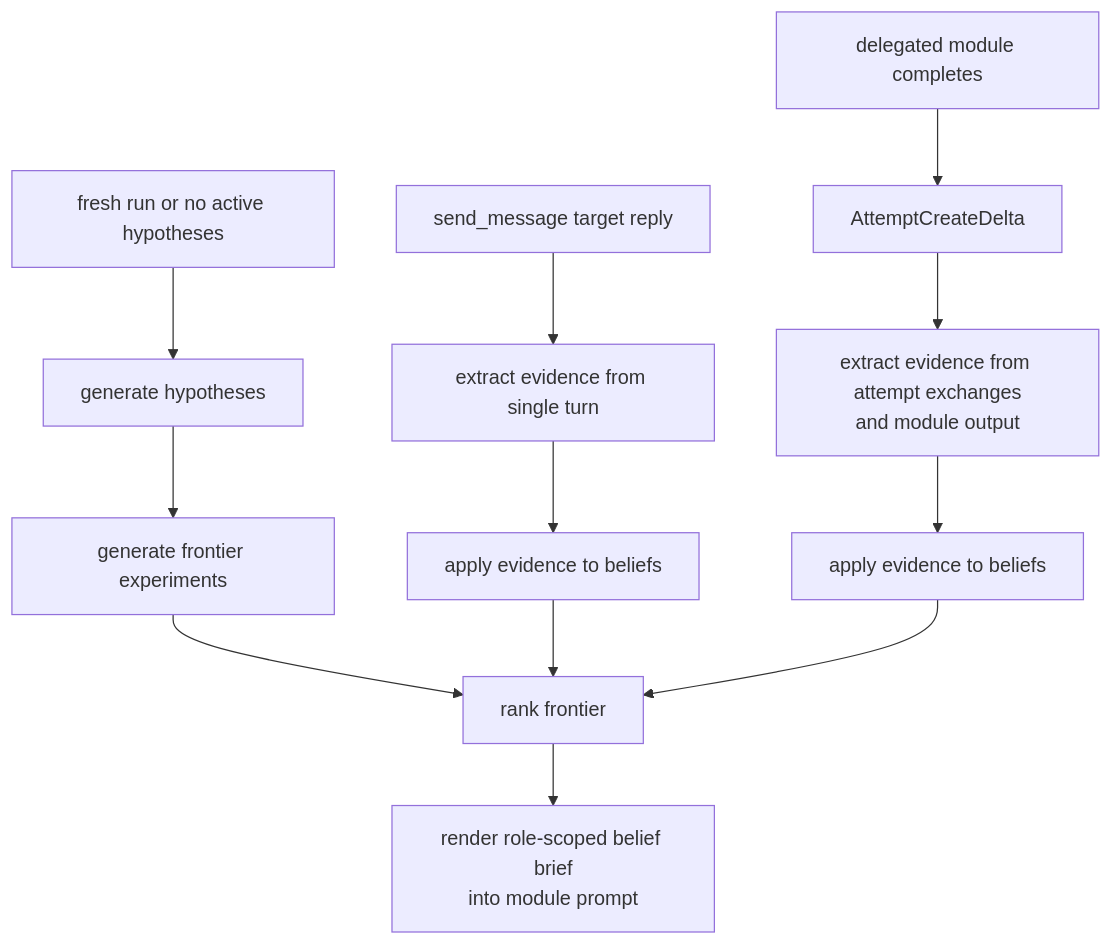
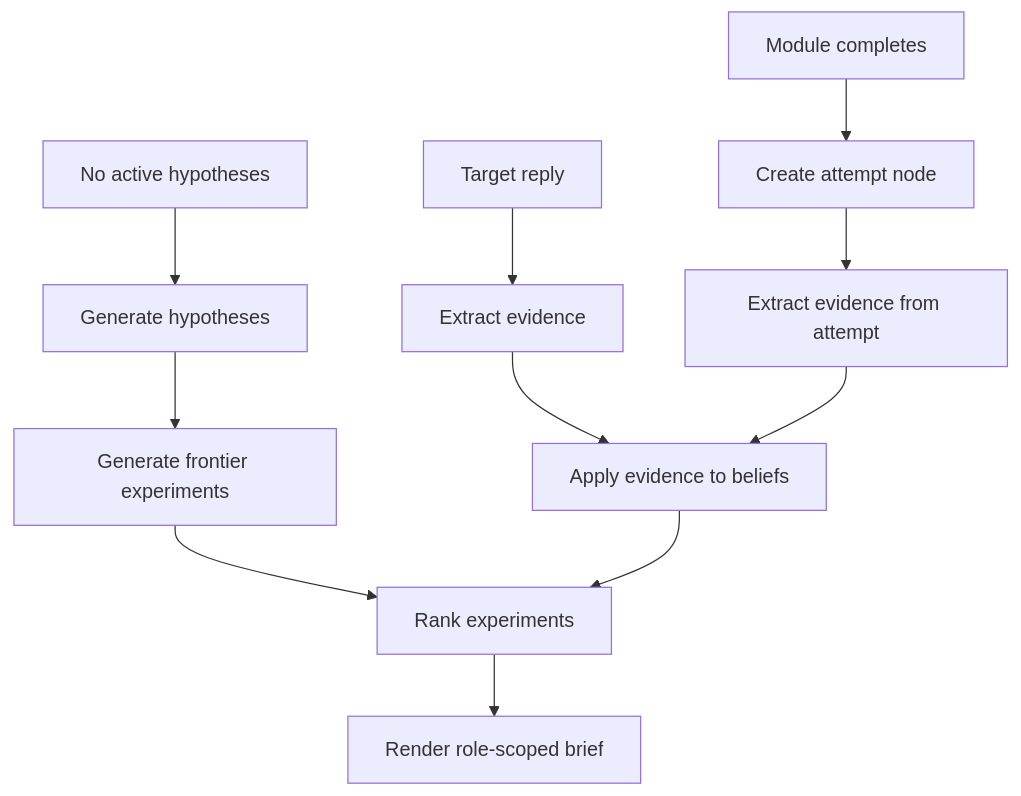
The tenth of 11 diagrams in VISUALIZATION.md (galihlprakoso/mesmer.ai), drawn with Mermaid before and after one commit. The commit also changed other lines of this file and 99 other files, not shown here.

````diff
--- a/VISUALIZATION.md
+++ b/VISUALIZATION.md
@@ -396,16 +432,15 @@
 ```mermaid
 flowchart TD
-  Bootstrap["fresh run or no active hypotheses"] --> Hypotheses["generate hypotheses"]
-  Hypotheses --> Frontier["generate frontier experiments"]
-  Frontier --> Rank["rank frontier"]
-  Rank --> Brief["render role-scoped belief brief<br/>into module prompt"]
+  Bootstrap["No active hypotheses"] --> Hyp["Generate hypotheses"]
+  Hyp --> FX["Generate frontier experiments"]
+  FX --> Rank["Rank experiments"]
+  Rank --> Brief["Render role-scoped brief"]
 
-  Send["send_message target reply"] --> TurnEvidence["extract evidence from single turn"]
-  TurnEvidence --> ApplyTurn["apply evidence to beliefs"]
-  ApplyTurn --> Rank
+  Turn["Target reply"] --> TurnEvidence["Extract evidence"]
+  TurnEvidence --> Apply["Apply evidence to beliefs"]
+  Apply --> Rank
 
-  Attempt["delegated module completes"] --> AttemptNode["AttemptCreateDelta"]
-  AttemptNode --> Evidence["extract evidence from attempt exchanges<br/>and module output"]
-  Evidence --> Apply["apply evidence to beliefs"]
-  Apply --> Rank
+  Attempt["Module completes"] --> AttemptDelta["Create attempt node"]
+  AttemptDelta --> AttemptEvidence["Extract evidence from attempt"]
+  AttemptEvidence --> Apply
 ```
````
